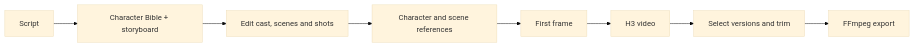
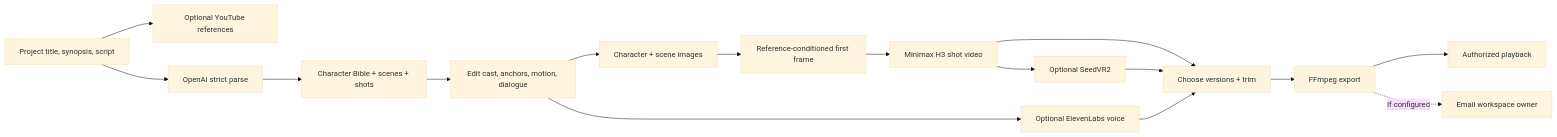
One commit to susunbourne/illustory-deepspace-submission changed the first of 2 diagrams in README.md. Above: the diagram before and after it, drawn with Mermaid (base theme). The commit also changed other lines of this file, not shown here.

Commit message:
Explain Illustory workflow, architecture, and product evidence

````diff
--- a/README.md
+++ b/README.md
@@ -19,10 +28,18 @@
 ```mermaid
 flowchart LR
-  Script --> Parse[Character Bible + storyboard]
-  Parse --> Edit[Edit cast, scenes and shots]
-  Edit --> Images[Character and scene references]
-  Images --> Frame[First frame]
-  Frame --> H3[H3 video]
-  H3 --> Cut[Select versions and trim]
-  Cut --> Export[FFmpeg export]
+  A[Project title, synopsis, script] --> B[Optional YouTube references]
+  A --> C[OpenAI strict parse]
+  C --> D[Character Bible + scenes + shots]
+  D --> E[Edit cast, anchors, motion, dialogue]
+  E --> F[Character + scene images]
+  E --> V[Optional ElevenLabs voice]
+  F --> G[Reference-conditioned first frame]
+  G --> H[Minimax H3 shot video]
+  H --> I[Optional SeedVR2]
+  H --> J[Choose versions + trim]
+  I --> J
+  V --> J
+  J --> K[FFmpeg export]
+  K --> L[Authorized playback]
+  K -. If configured .-> M[Email workspace owner]
 ```
````
